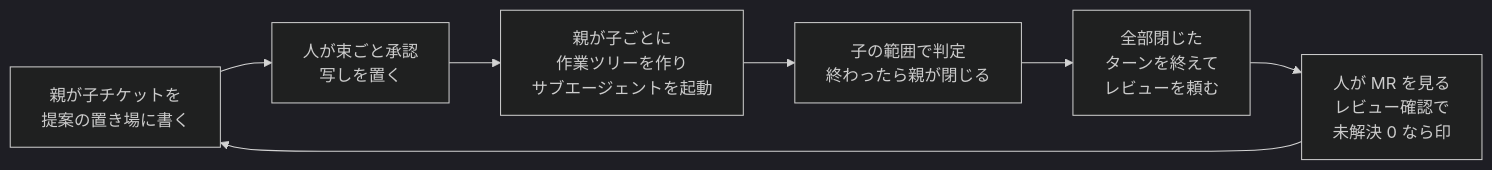
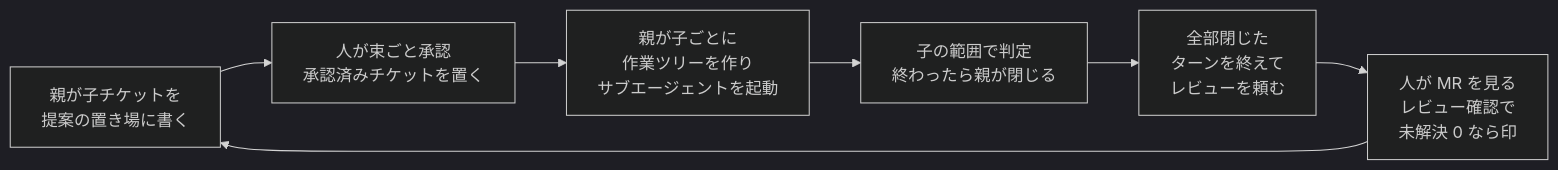
Before and after one commit to yuki-matsu783/ccnavi: the fourth of 4 diagrams in requirements.md, drawn with Mermaid (dark theme). The commit also changed other lines of this file and 64 other files, not shown here.

````diff
--- a/requirements.md
+++ b/requirements.md
@@ -558,9 +558,9 @@
 ```mermaid
 flowchart LR
-  A[親が子チケットを<br/>提案の置き場に書く] --> B[人が束ごと承認<br/>写しを置く]
+  A[親が子チケットを<br/>提案の置き場に書く] --> B[人が束ごと承認<br/>承認済みチケットを置く]
   B --> C[親が子ごとに<br/>作業ツリーを作り<br/>サブエージェントを起動]
   C --> D[子の範囲で判定<br/>終わったら親が閉じる]
   D --> E[全部閉じた<br/>ターンを終えて<br/>レビューを頼む]
   E --> F[人が MR を見る<br/>レビュー確認で<br/>未解決 0 なら印]
   F --> A
 ```
````
